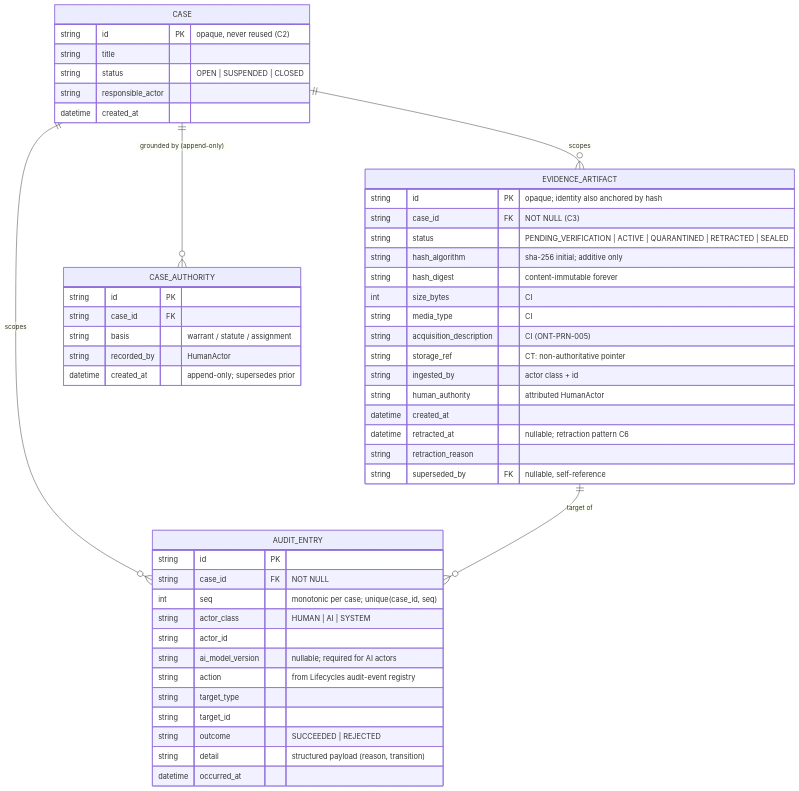
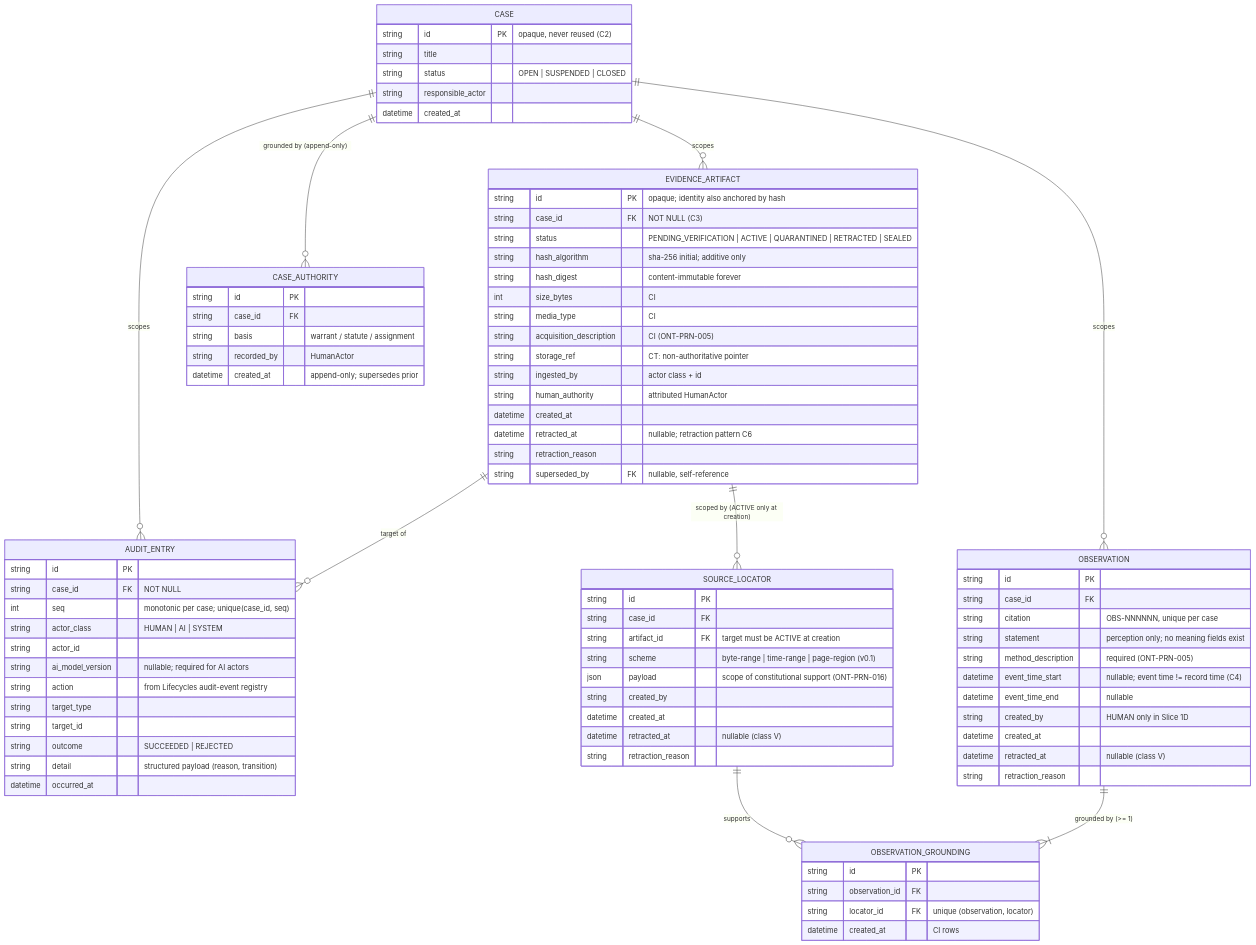
One commit to icharleee/Tier_Zer0 changed the diagram in docs/architecture/ERD.md. Above: the diagram before and after it, drawn with Mermaid. The commit also changed other lines of this file and 7 other files, not shown here.

First line of the commit message:
Slice 1D gate: ADR-0020, Resolution 011, admissibility matrix, rows, ERD

```diff
--- a/docs/architecture/ERD.md
+++ b/docs/architecture/ERD.md
@@ -11,6 +11,41 @@
     CASE ||--o{ AUDIT_ENTRY : "scopes"
     CASE ||--o{ CASE_AUTHORITY : "grounded by (append-only)"
     EVIDENCE_ARTIFACT ||--o{ AUDIT_ENTRY : "target of"
+    EVIDENCE_ARTIFACT ||--o{ SOURCE_LOCATOR : "scoped by (ACTIVE only at creation)"
+    SOURCE_LOCATOR ||--o{ OBSERVATION_GROUNDING : "supports"
+    OBSERVATION ||--|{ OBSERVATION_GROUNDING : "grounded by (>= 1)"
+    CASE ||--o{ OBSERVATION : "scopes"
+
+    SOURCE_LOCATOR {
+        string id PK
+        string case_id FK
+        string artifact_id FK "target must be ACTIVE at creation"
+        string scheme "byte-range | time-range | page-region (v0.1)"
+        json   payload "scope of constitutional support (ONT-PRN-016)"
+        string created_by
+        datetime created_at
+        datetime retracted_at "nullable (class V)"
+        string retraction_reason
+    }
+    OBSERVATION {
+        string id PK
+        string case_id FK
+        string citation "OBS-NNNNNN, unique per case"
+        string statement "perception only; no meaning fields exist"
+        string method_description "required (ONT-PRN-005)"
+        datetime event_time_start "nullable; event time != record time (C4)"
+        datetime event_time_end "nullable"
+        string created_by "HUMAN only in Slice 1D"
+        datetime created_at
+        datetime retracted_at "nullable (class V)"
+        string retraction_reason
+    }
+    OBSERVATION_GROUNDING {
+        string id PK
+        string observation_id FK
+        string locator_id FK "unique (observation, locator)"
+        datetime created_at "CI rows"
+    }
 
     CASE {
         string id PK "opaque, never reused (C2)"
```
